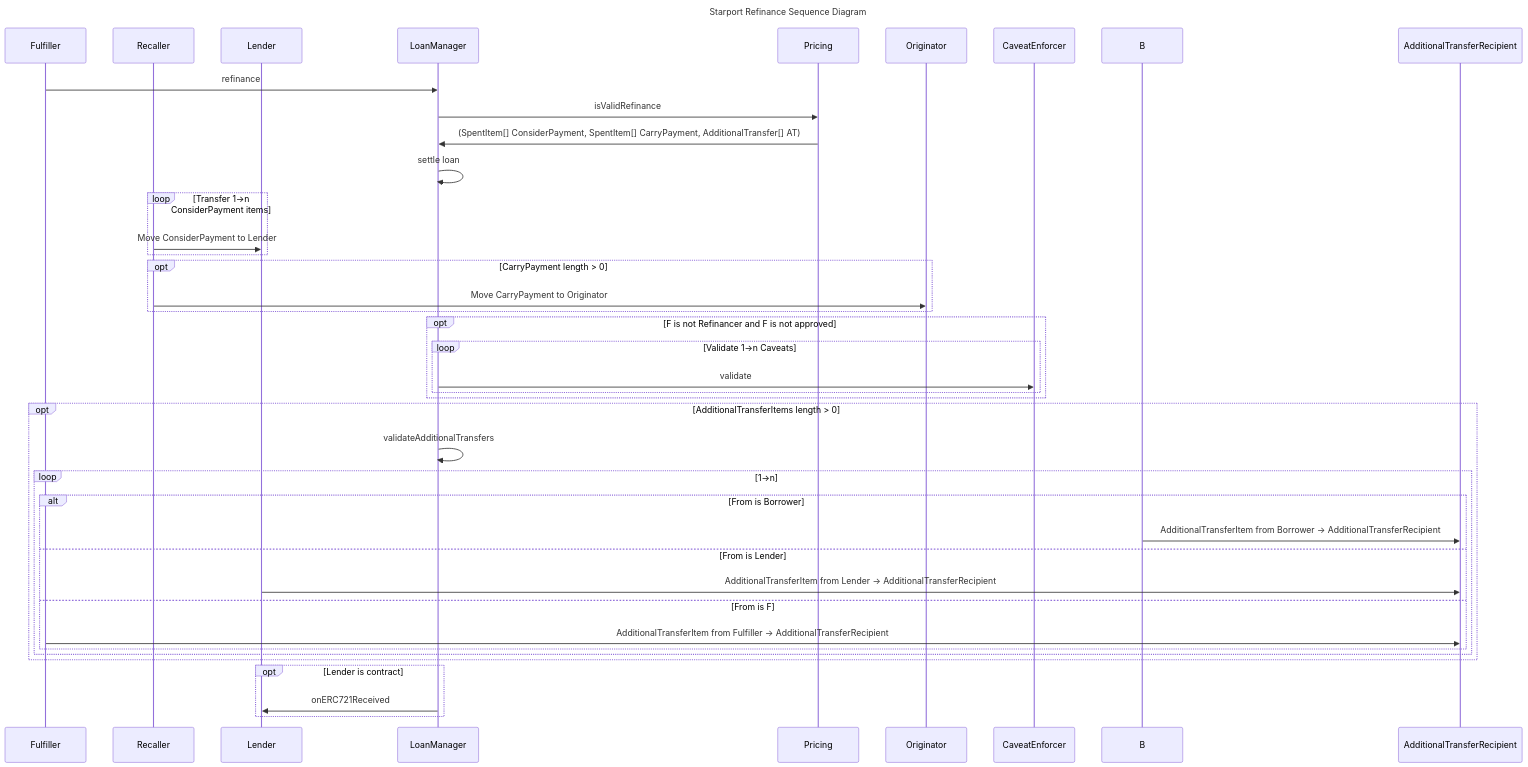
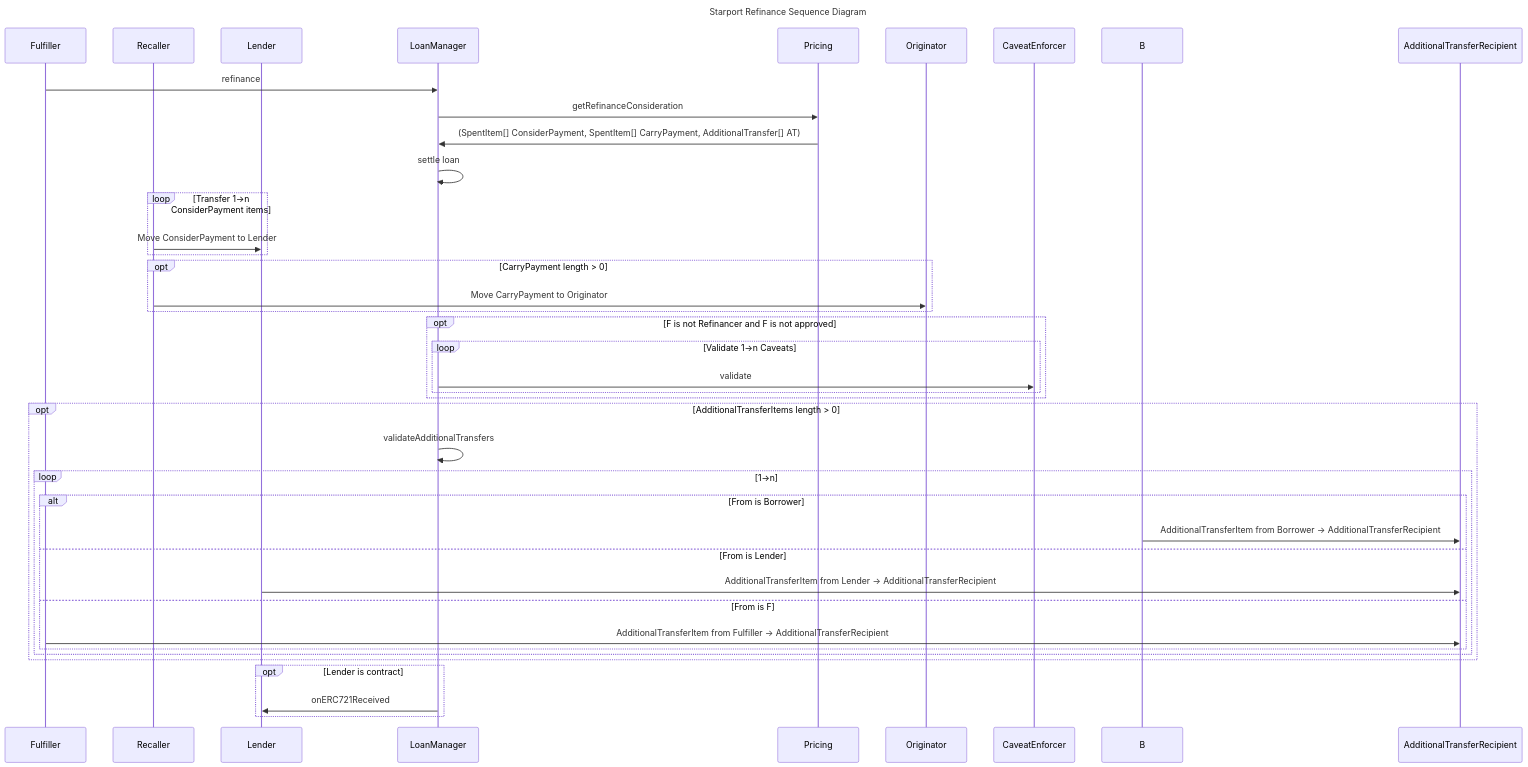
One commit to AstariaXYZ/starport changed the diagram in mermaid/refinance.mmd. Above: the diagram before and after it, drawn with Mermaid. The commit also changed 59 other files, not shown here.

```diff
--- a/mermaid/refinance.mmd
+++ b/mermaid/refinance.mmd
@@ -1,42 +1,42 @@
 sequenceDiagram
     title Starport Refinance Sequence Diagram
     participant F as Fulfiller
     participant R as Refinancer
     participant L as Lender
     participant R as Recaller
 
 
     F->>LoanManager: refinance
-    LoanManager->>Pricing: isValidRefinance
+    LoanManager->>Pricing: getRefinanceConsideration
     Pricing->>LoanManager: (SpentItem[] ConsiderPayment, SpentItem[] CarryPayment, AdditionalTransfer[] AT)
 
     LoanManager->>LoanManager: settle loan
 
     loop Transfer 1->n ConsiderPayment items
         R->>L: Move ConsiderPayment to Lender
     end
     opt CarryPayment length > 0
         R->>Originator: Move CarryPayment to Originator
     end
 
     opt F is not Refinancer and F is not approved
         loop Validate 1->n Caveats
             LoanManager->>CaveatEnforcer: validate
         end
     end
     opt AdditionalTransferItems length > 0
         LoanManager->>LoanManager: validateAdditionalTransfers
         loop 1->n
             alt From is Borrower
                 B->>AdditionalTransferRecipient: AdditionalTransferItem from Borrower -> AdditionalTransferRecipient
             else From is Lender
                 L->>AdditionalTransferRecipient: AdditionalTransferItem from Lender -> AdditionalTransferRecipient
             else From is F
                 F->>AdditionalTransferRecipient: AdditionalTransferItem from Fulfiller -> AdditionalTransferRecipient
             end
         end
     end
 
     opt Lender is contract
         LoanManager->>L: onERC721Received
     end
```
